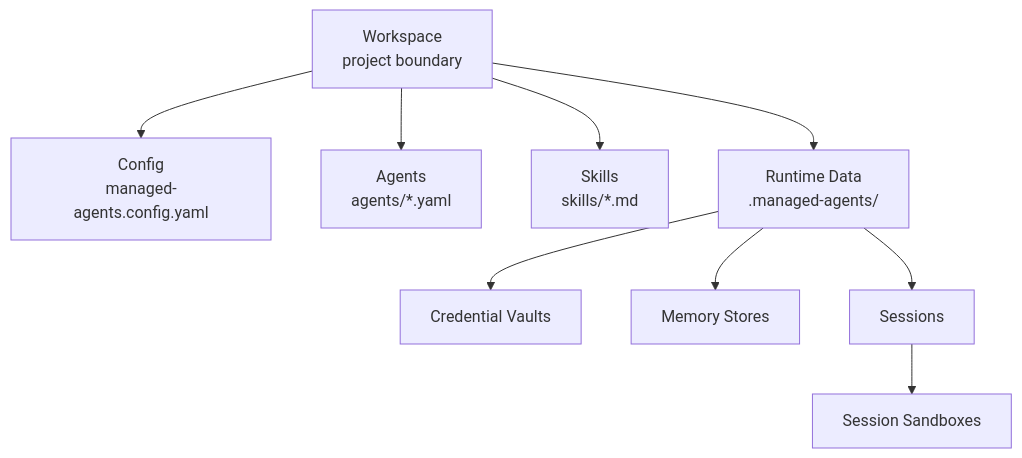
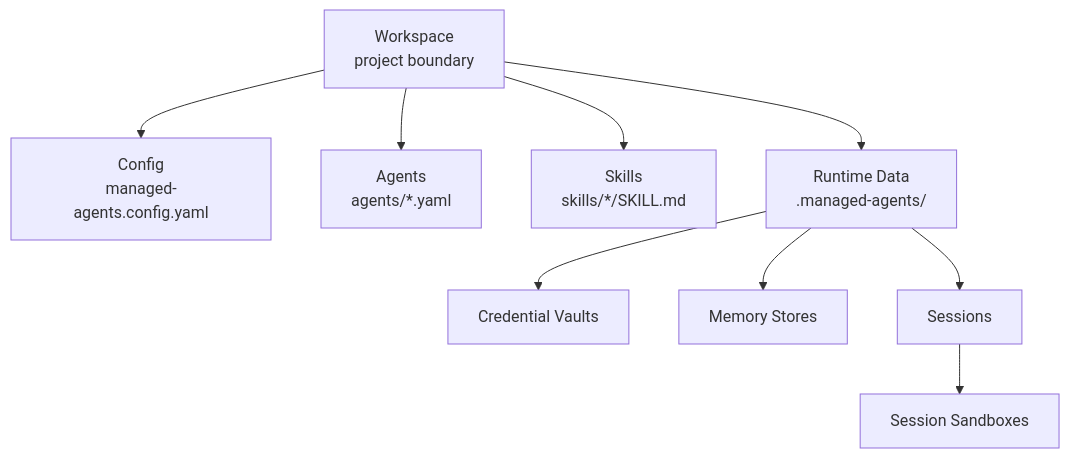
One commit to sandbaseai/managed-agents changed the seventh of 8 diagrams in docs/spec/architecture.md. Above: the diagram before and after it, drawn with Mermaid. The commit also changed 39 other files, not shown here.

````diff
--- a/docs/spec/architecture.md
+++ b/docs/spec/architecture.md
@@ -181,21 +181,21 @@
 ```mermaid
 graph TB
     Workspace["Workspace<br/>project boundary"]
     Config["Config<br/>managed-agents.config.yaml"]
     Agents["Agents<br/>agents/*.yaml"]
-    Skills["Skills<br/>skills/*.md"]
+    Skills["Skills<br/>skills/*/SKILL.md"]
     RuntimeData["Runtime Data<br/>.managed-agents/"]
     Vaults["Credential Vaults"]
     Memory["Memory Stores"]
     Sessions["Sessions"]
     Sandboxes["Session Sandboxes"]
 
     Workspace --> Config
     Workspace --> Agents
     Workspace --> Skills
     Workspace --> RuntimeData
     RuntimeData --> Vaults
     RuntimeData --> Memory
     RuntimeData --> Sessions
     Sessions --> Sandboxes
 ```
````
